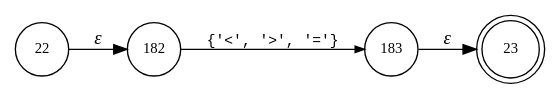
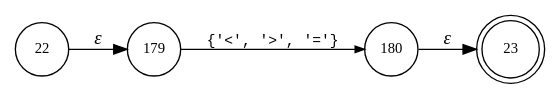
The diagram in interpreter/logo/logo.comparisonOperator.dot (Shinigami072/Compilers-LogoInterpreter), drawn with Graphviz before and after one commit. The commit also changed 78 other files, not shown here.

```diff
--- a/interpreter/logo/logo.comparisonOperator.dot
+++ b/interpreter/logo/logo.comparisonOperator.dot
@@ -1,10 +1,10 @@
 digraph ATN {
 rankdir=LR;
 s23[fontsize=11, label="23", shape=doublecircle, fixedsize=true, width=.6];
+s179[fontsize=11,label="179", shape=circle, fixedsize=true, width=.55, peripheries=1];
+s180[fontsize=11,label="180", shape=circle, fixedsize=true, width=.55, peripheries=1];
 s22[fontsize=11,label="22", shape=circle, fixedsize=true, width=.55, peripheries=1];
-s182[fontsize=11,label="182", shape=circle, fixedsize=true, width=.55, peripheries=1];
-s183[fontsize=11,label="183", shape=circle, fixedsize=true, width=.55, peripheries=1];
-s22 -> s182 [fontname="Times-Italic", label="&epsilon;"];
-s182 -> s183 [fontsize=11, fontname="Courier", arrowsize=.7, label = "{'<', '>', '='}", arrowhead = normal];
-s183 -> s23 [fontname="Times-Italic", label="&epsilon;"];
+s22 -> s179 [fontname="Times-Italic", label="&epsilon;"];
+s179 -> s180 [fontsize=11, fontname="Courier", arrowsize=.7, label = "{'<', '>', '='}", arrowhead = normal];
+s180 -> s23 [fontname="Times-Italic", label="&epsilon;"];
 }
```
